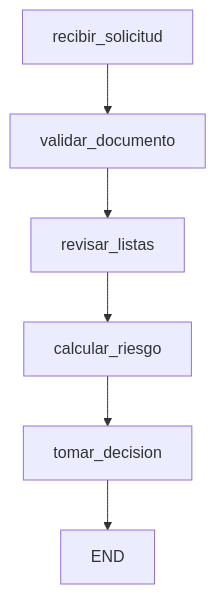
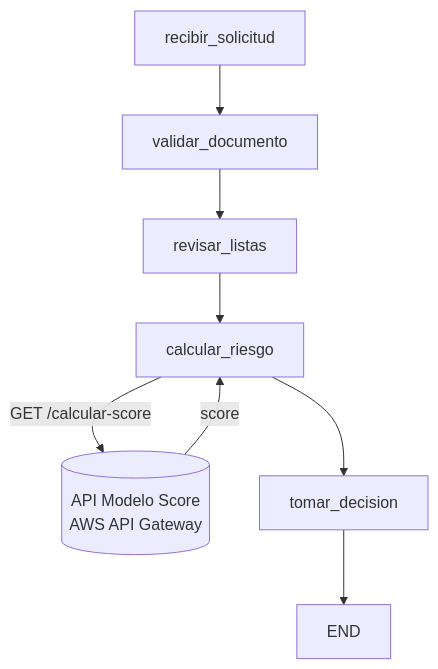
One commit to jesuszelayac/ModelosExcelencia changed the diagram in README.md. Above: the diagram before and after it, drawn with Mermaid. The commit also changed other lines of this file, not shown here.

````diff
--- a/README.md
+++ b/README.md
@@ -24,8 +28,10 @@
 ```mermaid
 graph TD
     A[recibir_solicitud] --> B[validar_documento]
     B --> C[revisar_listas]
     C --> D[calcular_riesgo]
+    D -->|GET /calcular-score| API[(API Modelo Score<br/>AWS API Gateway)]
+    API -->|score| D
     D --> E[tomar_decision]
     E --> F[END]
 ```
````
